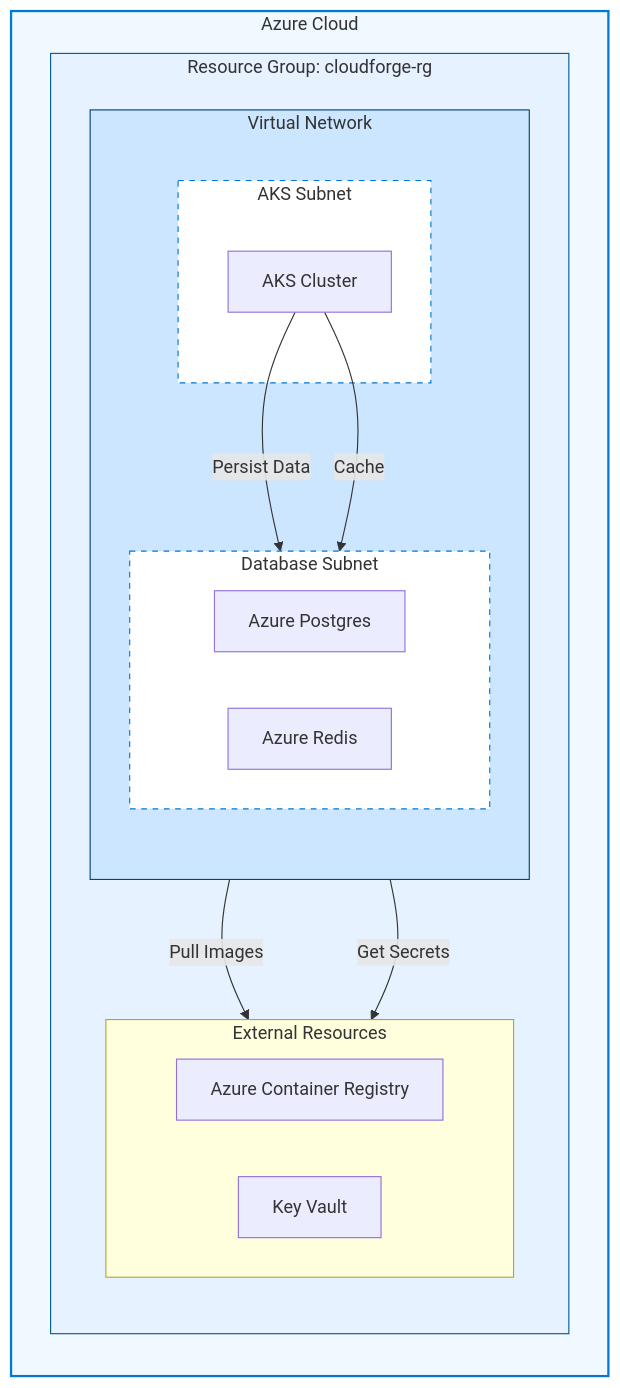
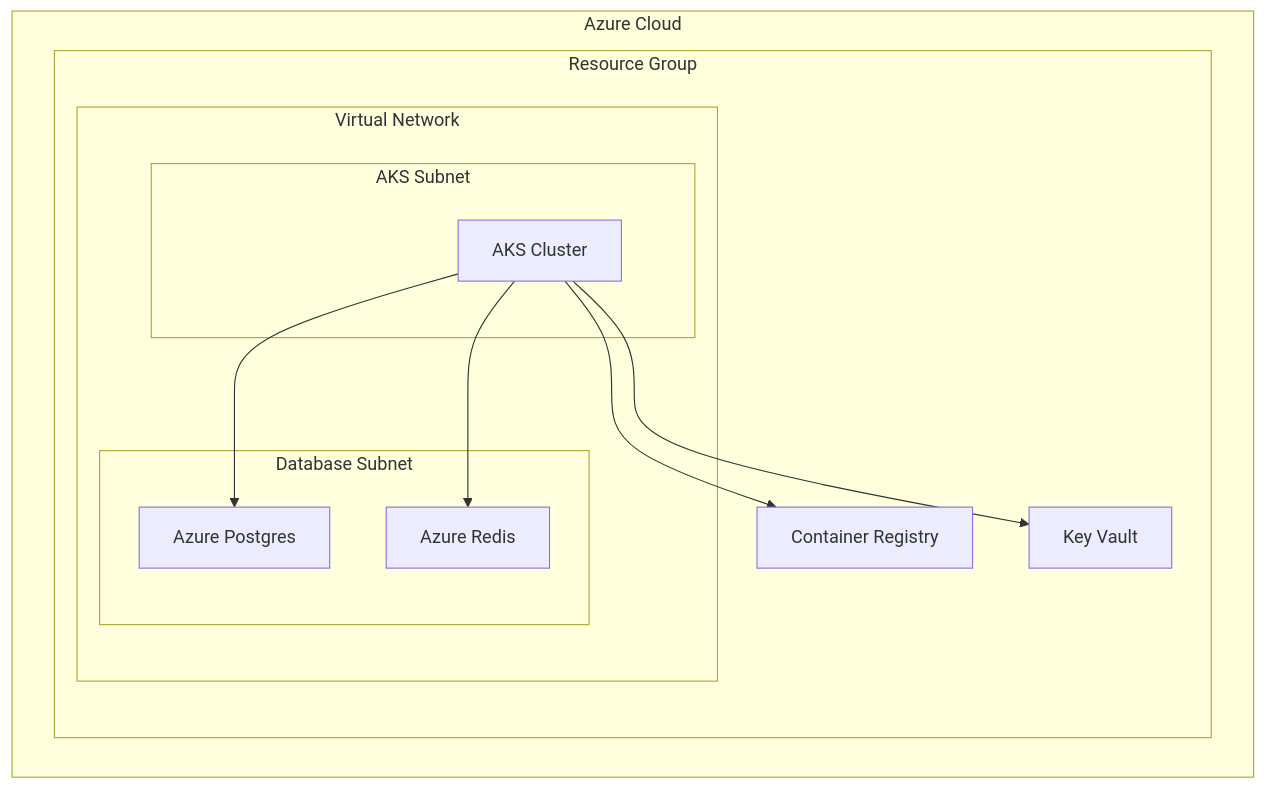
The diagram in docs/infrastructure/azure-deployment.md (vedantchimote/Cloudforge), drawn with Mermaid before and after one commit. The commit also changed 6 other files, not shown here.

Commit message:
fix: simplify Mermaid diagrams for Mintlify compatibility

````diff
--- a/docs/infrastructure/azure-deployment.md
+++ b/docs/infrastructure/azure-deployment.md
@@ -39,41 +39,25 @@
 ```mermaid
 graph TB
-    subgraph Azure_Cloud [Azure Cloud]
-        direction TB
-        
-        subgraph Resource_Group [Resource Group: cloudforge-rg]
-            direction TB
-            
-            subgraph VNet [Virtual Network]
-                direction TB
-                
-                subgraph AKS_Subnet [AKS Subnet]
-                    AKS[AKS Cluster]
+    subgraph Azure["Azure Cloud"]
+        subgraph RG["Resource Group"]
+            subgraph VNet["Virtual Network"]
+                subgraph AKS_Subnet["AKS Subnet"]
+                    AKS["AKS Cluster"]
                 end
                 
-                subgraph DB_Subnet [Database Subnet]
-                    direction LR
-                    DB[Azure Postgres]
-                    Redis[Azure Redis]
+                subgraph DB_Subnet["Database Subnet"]
+                    DB["Azure Postgres"]
+                    Redis["Azure Redis"]
                 end
             end
             
-            subgraph Ext_Resources [External Resources]
-                direction LR
-                ACR[Azure Container Registry]
-                KV[Key Vault]
-            end
+            ACR["Container Registry"]
+            KV["Key Vault"]
         end
     end
     
-    AKS -- Pull Images --> ACR
-    AKS -- Get Secrets --> KV
-    AKS -- Persist Data --> DB
-    AKS -- Cache --> Redis
-    
-    style Azure_Cloud fill:#f0f9ff,stroke:#0078d4,stroke-width:2px
-    style Resource_Group fill:#e6f2ff,stroke:#005a9e
-    style VNet fill:#cce6ff,stroke:#004578
-    style AKS_Subnet fill:#ffffff,stroke:#0078d4,stroke-dasharray: 5 5
-    style DB_Subnet fill:#ffffff,stroke:#0078d4,stroke-dasharray: 5 5
+    AKS --> ACR
+    AKS --> KV
+    AKS --> DB
+    AKS --> Redis
 ```
````
